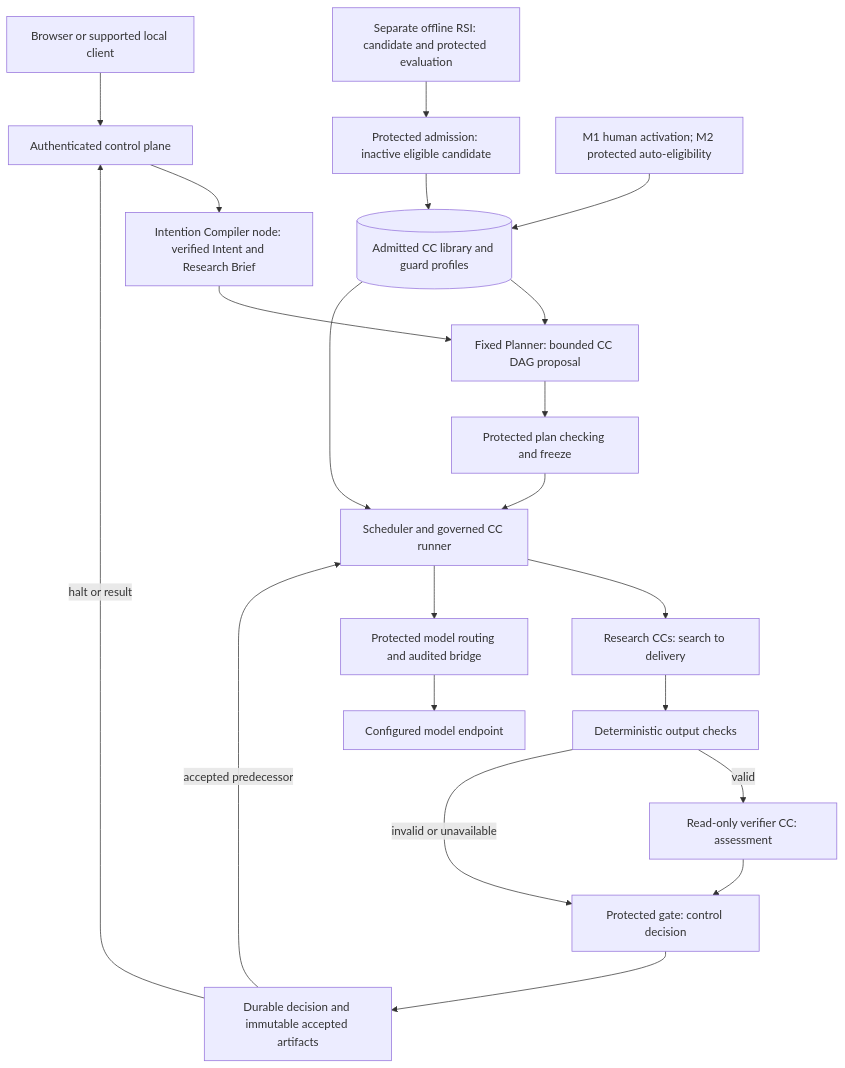
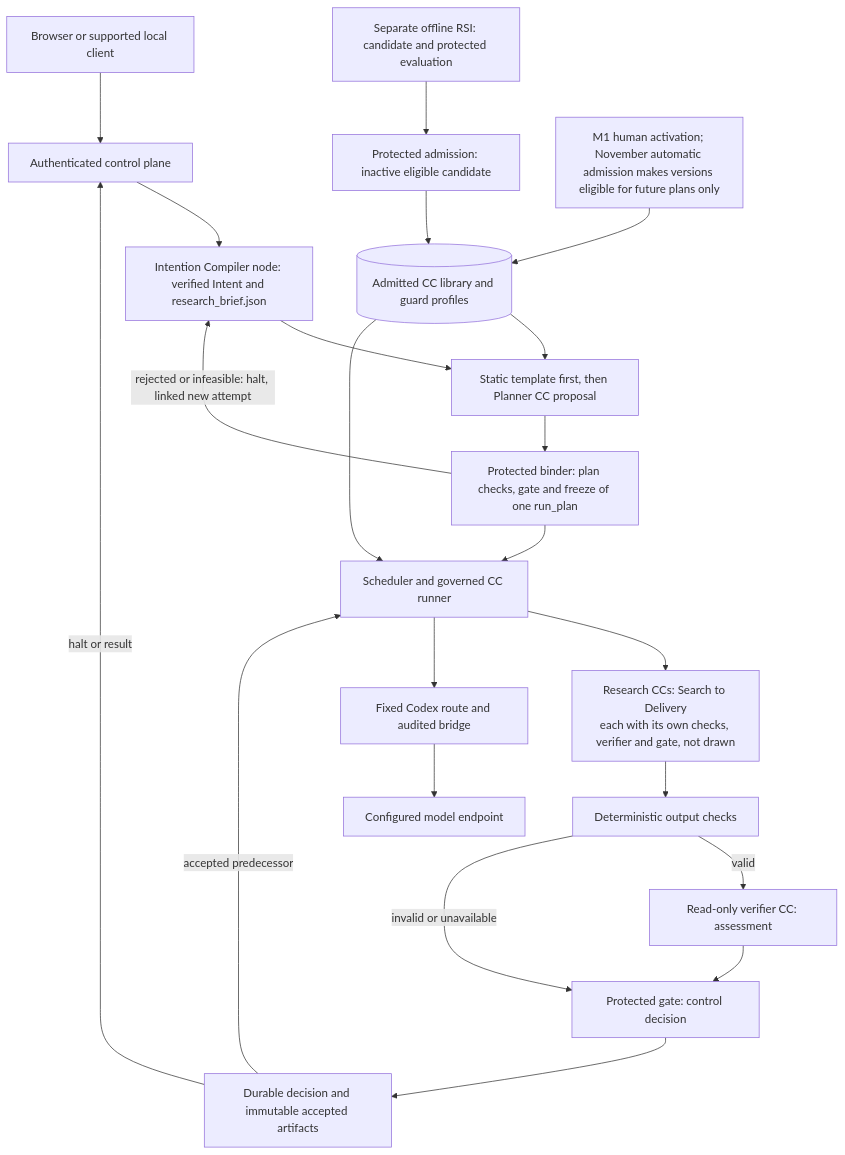
Before and after one commit to Stellven/jiuwenswarm: the diagram in docs/architecture/design-package/README.md, drawn with Mermaid. The commit also changed 86 other files, not shown here.

Commit message:
docs: fix stale diagrams and matching prose; re-render all views

````diff
--- a/docs/architecture/design-package/README.md
+++ b/docs/architecture/design-package/README.md
@@ -63,23 +63,24 @@
 ```mermaid
 flowchart TB
     User[Browser or supported local client] --> Control[Authenticated control plane]
-    Control --> Prep[Intention Compiler node: verified Intent and Research Brief]
-    Prep --> Plan[Fixed Planner: bounded CC DAG proposal]
-    Plan --> Freeze[Protected plan checking and freeze]
+    Control --> Prep[Intention Compiler node: verified Intent and research_brief.json]
+    Prep --> Plan[Static template first, then Planner CC proposal]
+    Plan --> Freeze[Protected binder: plan checks, gate and freeze of one run_plan]
+    Freeze -->|rejected or infeasible: halt, linked new attempt| Prep
     Freeze --> Runner[Scheduler and governed CC runner]
-    Runner --> Work[Research CCs: search to delivery]
+    Runner --> Work[Research CCs: Search to Delivery<br/>each with its own checks, verifier and gate, not drawn]
     Work --> Det[Deterministic output checks]
     Det -->|valid| Verify[Read-only verifier CC: assessment]
     Det -->|invalid or unavailable| Gate[Protected gate: control decision]
     Verify --> Gate
     Gate --> State[Durable decision and immutable accepted artifacts]
     State -->|accepted predecessor| Runner
     State -->|halt or result| Control
-    Runner --> Models[Protected model routing and audited bridge]
+    Runner --> Models[Fixed Codex route and audited bridge]
     Models --> Endpoint[Configured model endpoint]
     Library[(Admitted CC library and guard profiles)] --> Plan
     Library --> Runner
     RSI[Separate offline RSI: candidate and protected evaluation] --> Admission[Protected admission: inactive eligible candidate]
     Admission --> Library
-    Human[M1 human activation; M2 protected auto-eligibility] --> Library
+    Human[M1 human activation; November automatic admission makes versions eligible for future plans only] --> Library
 ```
````
